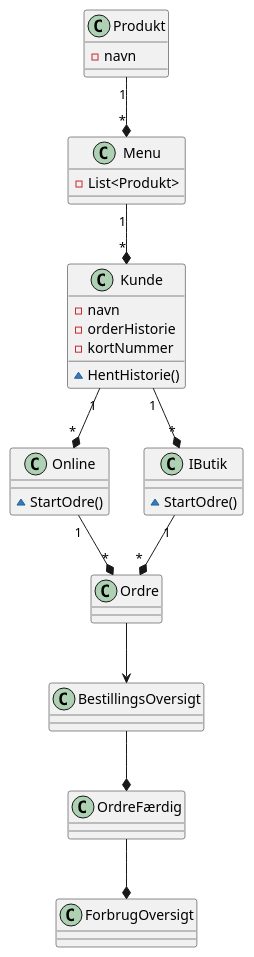
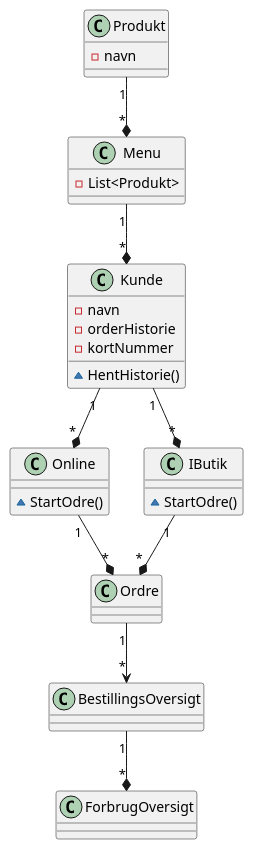
The diagram in Mario/src/puml/domain.puml (Mfknudsen/SP3_Mario), drawn with PlantUML before and after one commit. The commit also changed 2 other files, not shown here.

```diff
--- a/Mario/src/puml/domain.puml
+++ b/Mario/src/puml/domain.puml
@@ -1,51 +1,47 @@
 @startuml
 class Kunde {
 -navn
 -orderHistorie
 -kortNummer
 
 ~HentHistorie()
 }
 
 class Menu{
 -List<Produkt>
 }
 
 class Produkt {
 -navn
 }
 
 class Online {
 ~StartOdre()
 }
 
 class IButik{
 ~StartOdre()
 }
 
 class Ordre {
 
 }
 
 class BestillingsOversigt {
 
 }
 
-class OrdreFærdig {
-
-}
-
 class ForbrugOversigt {
 
 }
 
-Ordre --> BestillingsOversigt
+
 Produkt "1" --* "*" Menu
 Menu "1" --* "*" Kunde
 Kunde "1" --* "*" Online
 Kunde "1" --* "*" IButik
 Online "1" --* "*" Ordre
 IButik "1" --* "*" Ordre
-BestillingsOversigt --* OrdreFærdig
-OrdreFærdig --* ForbrugOversigt
+Ordre "1" --> "*" BestillingsOversigt
+BestillingsOversigt "1" --* "*" ForbrugOversigt
 @enduml
```
